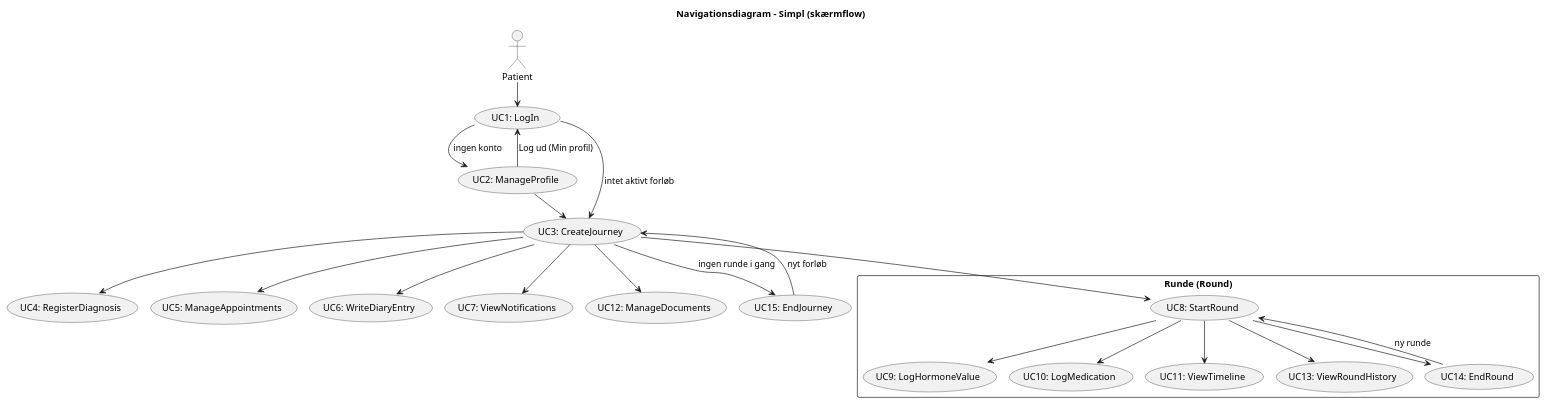
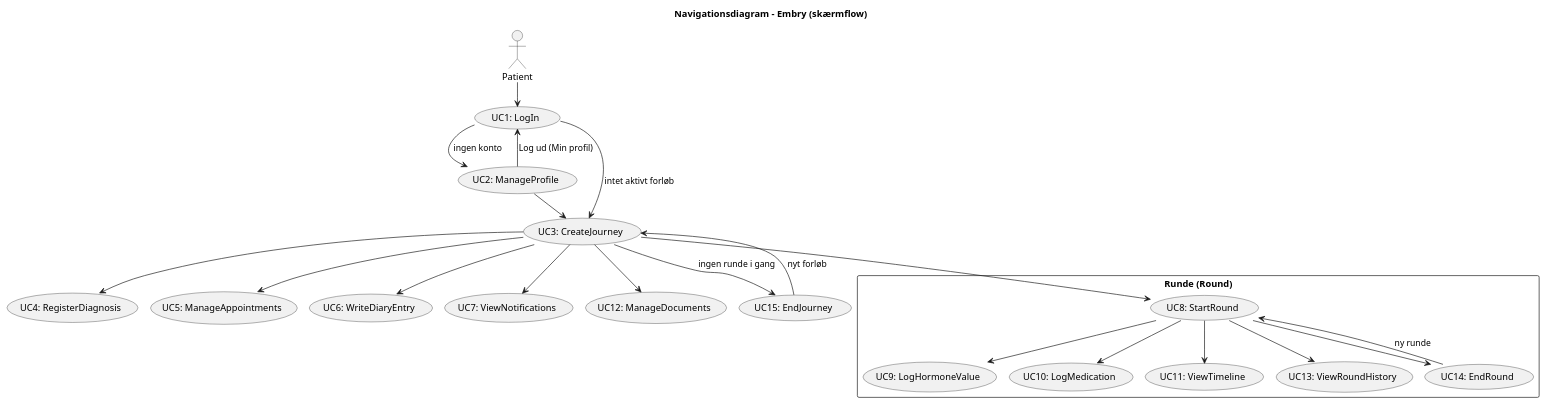
One commit to BesimaP/Simpl-PET-project changed the diagram in doc/dynamic/Navigation.puml. Above: the diagram before and after it, drawn with PlantUML. The commit also changed 44 other files, not shown here.

First line of the commit message:
Omdøb Simpl til Embry

```diff
--- a/doc/dynamic/Navigation.puml
+++ b/doc/dynamic/Navigation.puml
@@ -1,58 +1,58 @@
 @startuml
 !pragma layout smetana
 skinparam shadowing false
 skinparam monochrome true
 skinparam defaultFontName Arial
 
-title Navigationsdiagram - Simpl (skærmflow)
+title Navigationsdiagram - Embry (skærmflow)
 
 actor "Patient" as u
 
 usecase "UC1: LogIn" as UC1
 usecase "UC2: ManageProfile" as UC2
 usecase "UC3: CreateJourney" as UC3
 
 usecase "UC4: RegisterDiagnosis" as UC4
 usecase "UC5: ManageAppointments" as UC5
 usecase "UC6: WriteDiaryEntry" as UC6
 usecase "UC7: ViewNotifications" as UC7
 usecase "UC12: ManageDocuments" as UC12
 
 rectangle "Runde (Round)" {
   usecase "UC8: StartRound" as UC8
   usecase "UC9: LogHormoneValue" as UC9
   usecase "UC10: LogMedication" as UC10
   usecase "UC11: ViewTimeline" as UC11
   usecase "UC13: ViewRoundHistory" as UC13
   usecase "UC14: EndRound" as UC14
 }
 
 usecase "UC15: EndJourney" as UC15
 
 u --> UC1
 
 UC1 --> UC2 : ingen konto
 UC1 --> UC3 : intet aktivt forløb
 UC2 --> UC3
 
 UC3 --> UC4
 UC3 --> UC5
 UC3 --> UC6
 UC3 --> UC7
 UC3 --> UC12
 UC3 --> UC8
 
 UC8 --> UC9
 UC8 --> UC10
 UC8 --> UC11
 UC8 --> UC13
 UC8 --> UC14
 
 UC14 --> UC8 : ny runde
 
 UC3 --> UC15 : ingen runde i gang
 UC15 --> UC3 : nyt forløb
 
 UC2 --> UC1 : Log ud (Min profil)
 
 @enduml
```
